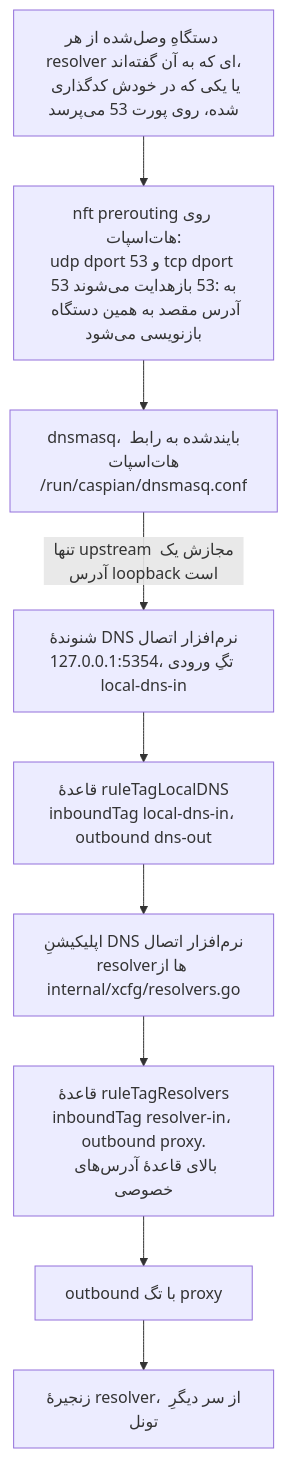
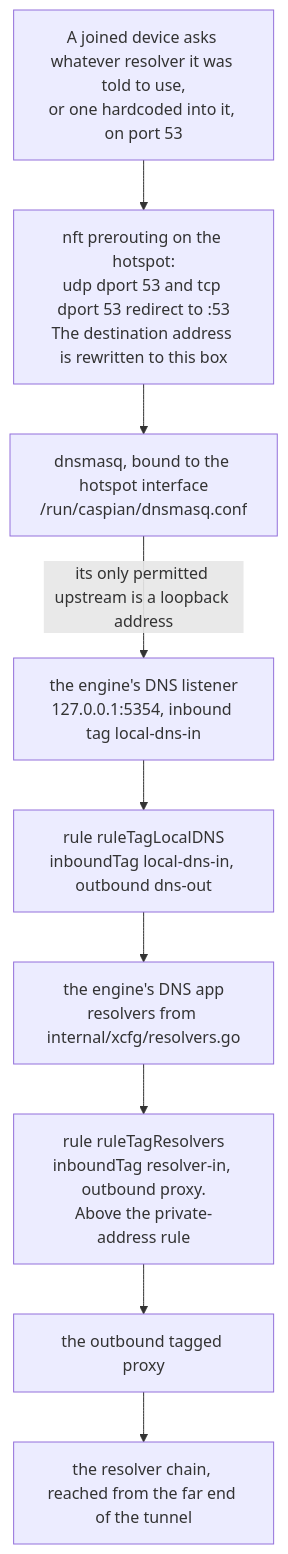
Before and after one commit to Iman/caspian: the seventh of 8 diagrams in docs/wiki/Architecture.fa.md, drawn with Mermaid. The commit also changed other lines of this file and 149 other files, not shown here.

````diff
--- a/docs/wiki/Architecture.fa.md
+++ b/docs/wiki/Architecture.fa.md
@@ -314,12 +292,12 @@
 ```mermaid
 flowchart TB
-    ASK["دستگاهِ وصل‌شده از هر resolver ای که به آن گفته‌اند،<br/>یا یکی که در خودش کدگذاری شده، روی پورت 53 می‌پرسد"]
-    ASK --> RD["nft prerouting روی هات‌اسپات:<br/>udp dport 53 و tcp dport 53 به :53 بازهدایت می‌شوند<br/>آدرس مقصد به همین دستگاه بازنویسی می‌شود"]
-    RD --> DM["dnsmasq، بایندشده به رابط هات‌اسپات<br/>/run/caspian/dnsmasq.conf"]
-    DM -->|"تنها upstream مجازش یک آدرس loopback است"| LD["شنوندهٔ DNS نرم‌افزار اتصال<br/>127.0.0.1:5354، تگِ ورودی local-dns-in"]
-    LD --> R1["قاعدهٔ ruleTagLocalDNS<br/>inboundTag local-dns-in، outbound dns-out"]
-    R1 --> APP["اپلیکیشنِ DNS نرم‌افزار اتصال<br/>resolverها از internal/xcfg/resolvers.go"]
-    APP --> R2["قاعدهٔ ruleTagResolvers<br/>inboundTag resolver-in، outbound proxy.<br/>بالای قاعدهٔ آدرس‌های خصوصی"]
-    R2 --> OB["outbound با تگ proxy"]
-    OB --> EXIT["زنجیرهٔ resolver، از سر دیگرِ تونل"]
+    ASK["A joined device asks whatever resolver it was told to use,<br/>or one hardcoded into it, on port 53"]
+    ASK --> RD["nft prerouting on the hotspot:<br/>udp dport 53 and tcp dport 53 redirect to :53<br/>The destination address is rewritten to this box"]
+    RD --> DM["dnsmasq, bound to the hotspot interface<br/>/run/caspian/dnsmasq.conf"]
+    DM -->|"its only permitted upstream is a loopback address"| LD["the engine's DNS listener<br/>127.0.0.1:5354, inbound tag local-dns-in"]
+    LD --> R1["rule ruleTagLocalDNS<br/>inboundTag local-dns-in, outbound dns-out"]
+    R1 --> APP["the engine's DNS app<br/>resolvers from internal/xcfg/resolvers.go"]
+    APP --> R2["rule ruleTagResolvers<br/>inboundTag resolver-in, outbound proxy.<br/>Above the private-address rule"]
+    R2 --> OB["the outbound tagged proxy"]
+    OB --> EXIT["the resolver chain, reached from the far end of the tunnel"]
 ```
````
